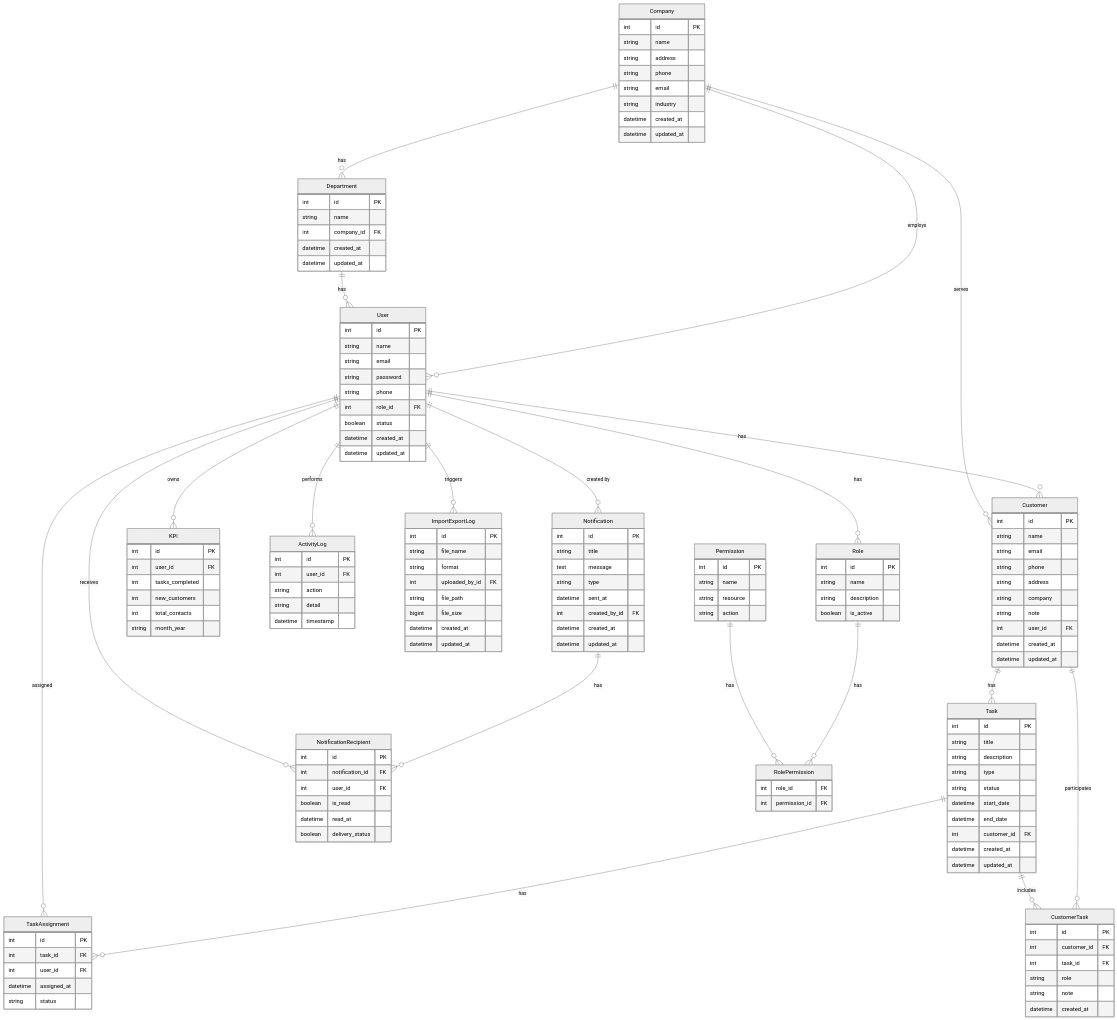
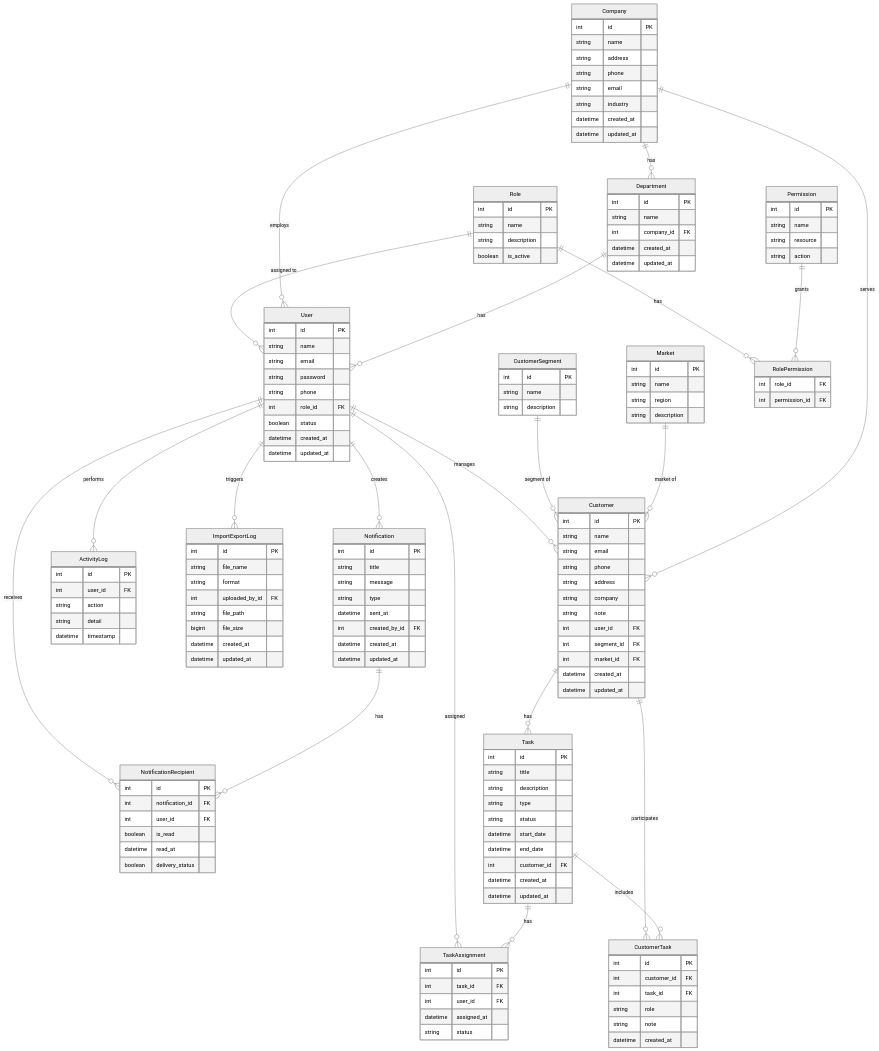
Before and after one commit to mor-academy/msg-training-quoctt-documents: the diagram in docs/Sql_basic.md, drawn with Mermaid.

Commit message:
updated Erdiagram

````diff
--- a/docs/Sql_basic.md
+++ b/docs/Sql_basic.md
@@ -4,26 +4,26 @@
   theme: neutral
 ---
 erDiagram
-    User ||--o{ Customer : "has"
-    User ||--o{ Role : "has"
-    User ||--o{ KPI : "owns"
+    Role ||--o{ User : "assigned to"
+    User ||--o{ Customer : "manages"
+    User ||--o{ TaskAssignment : "assigned"
     User ||--o{ ActivityLog : "performs"
     User ||--o{ ImportExportLog : "triggers"
+    User ||--o{ Notification : "creates"
+    User ||--o{ NotificationRecipient : "receives"
     Customer ||--o{ Task : "has"
+    Customer ||--o{ CustomerTask : participates
+    CustomerSegment ||--o{ Customer : "segment of"
+    Market ||--o{ Customer : "market of"
     Task ||--o{ TaskAssignment : "has"
-    User ||--o{ TaskAssignment : "assigned"
+    Task ||--o{ CustomerTask : includes
     Notification ||--o{ NotificationRecipient : "has"
-    User ||--o{ NotificationRecipient : "receives"
-    User ||--o{ Notification : "created by"
     Company ||--o{ Department : "has"
     Company ||--o{ User : "employs"
     Company ||--o{ Customer : "serves"
     Department ||--o{ User : "has"
-    Customer ||--o{ CustomerTask : participates
-    Task ||--o{ CustomerTask : includes
     Role ||--o{ RolePermission : "has"
-    Permission ||--o{ RolePermission : "has"
-
+    Permission ||--o{ RolePermission : "grants"
     User {
         int id PK
         string name
@@ -44,8 +44,21 @@
         string company
         string note
         int user_id FK
+        int segment_id FK
+        int market_id FK
         datetime created_at
         datetime updated_at
+    }
+    CustomerSegment {
+        int id PK
+        string name
+        string description
+    }
+    Market {
+        int id PK
+        string name
+        string region
+        string description
     }
     CustomerTask {
         int id PK
@@ -74,30 +87,26 @@
         datetime assigned_at
         string status
     }
-
     Role {
         int id PK
         string name
         string description
         boolean is_active
     }
-
     Permission {
         int id PK  
         string name
         string resource
         string action
     }
-
     RolePermission {
         int role_id FK
         int permission_id FK
     }
-
     Notification {
         int id PK
         string title
-        text message
+        string message
         string type
         datetime sent_at
         int created_by_id FK
@@ -111,14 +120,6 @@
         boolean is_read
         datetime read_at
         boolean delivery_status
-    }
-    KPI {
-        int id PK
-        int user_id FK
-        int tasks_completed
-        int new_customers
-        int total_contacts
-        string month_year
     }
     ActivityLog {
         int id PK
@@ -154,5 +155,4 @@
         datetime created_at
         datetime updated_at
     }
-
 ```
````
